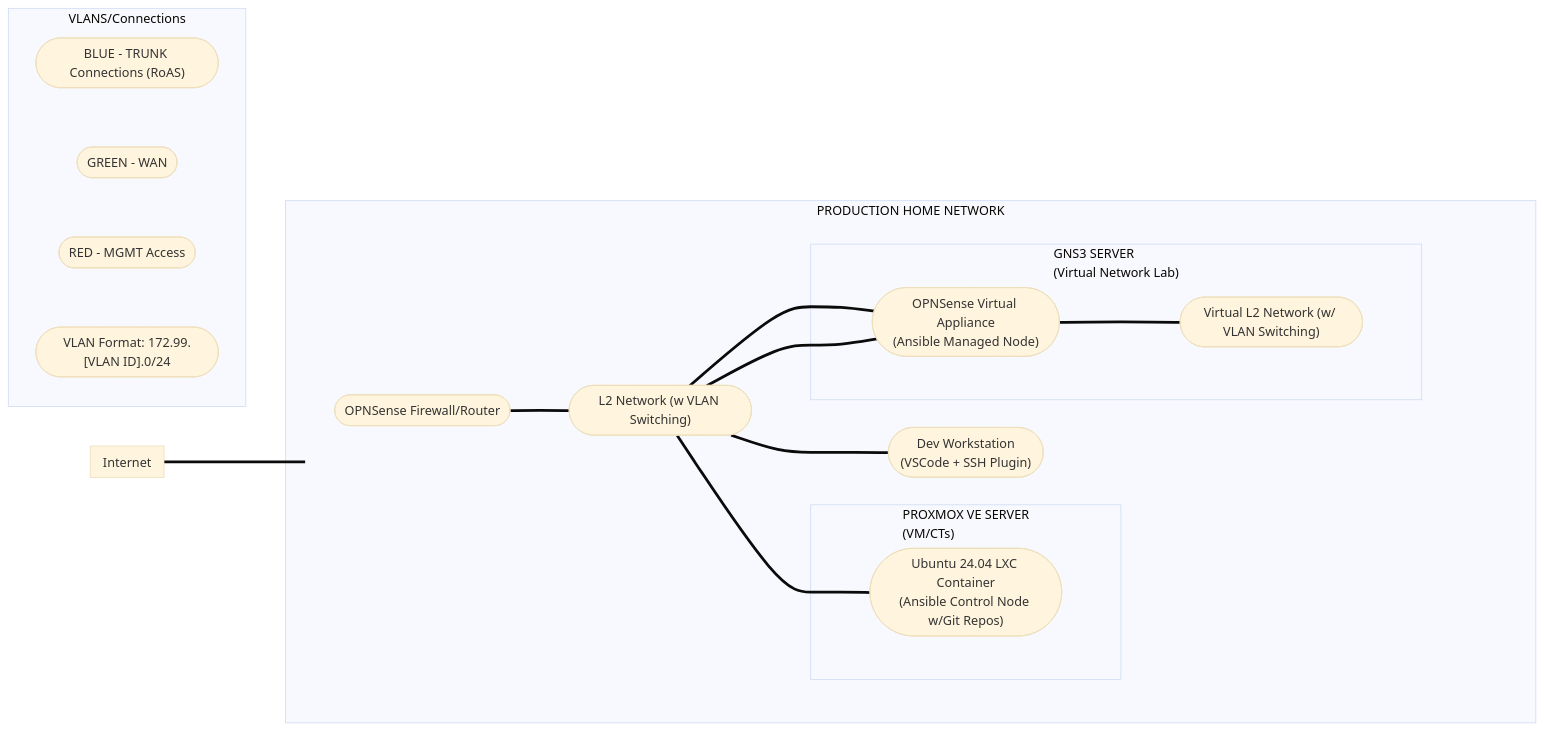
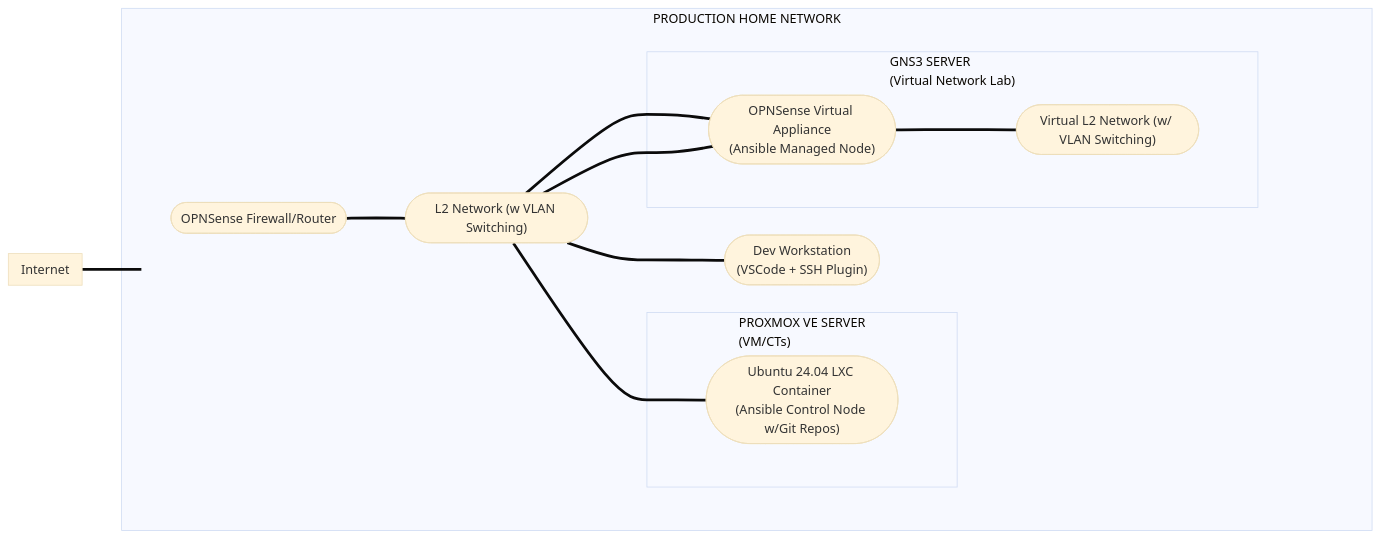
One commit to drinferno2001/HOME_NETWORK_AUTOMATION_WIKI changed the diagram in docs/env_setup/index.md. Above: the diagram before and after it, drawn with Mermaid (base theme).

Commit message:
Removed from network diagram as this type of information will be architected in markdown directly.

````diff
--- a/docs/env_setup/index.md
+++ b/docs/env_setup/index.md
@@ -12,75 +12,67 @@
 ``` mermaid
 flowchart LR
 
     %% Define Production Home Network Nodes
 
     PRD_OPNSense(["OPNSense Firewall/Router"])
     PRD_Switching(["L2 Network (w VLAN Switching)"])
     DEV_Workstation(["Dev Workstation<br/>(VSCode + SSH Plugin)"])
 
     %% Define Proxmox Server Nodes
 
     PVE_LXC(["Ubuntu 24.04 LXC Container<br/>(Ansible Control Node w/Git Repos)"])
 
     %% Define GNS3 Server Nodes
 
     VIRT_OPNSense(["OPNSense Virtual Appliance<br/>(Ansible Managed Node)"])
     VIRT_Switching(["Virtual L2 Network (w/ VLAN Switching)"])
 
     %% Define Internet Subgraph
     
     subgraph Internet
     end
     
     subgraph Production_Home_Network [PRODUCTION HOME NETWORK]
         subgraph PHN_Container[" "]
             direction LR
             
             PRD_OPNSense === PRD_Switching
             PRD_Switching === DEV_Workstation
             
             %% Define Proxmox VE Server Block
             subgraph Proxmox_VE_Server ["PROXMOX VE SERVER<br/>(VM/CTs)"]
                 subgraph Proxmox_VE_Server_Padding[" "]
                     PVE_LXC
                 end
 
                 Proxmox_VE_Server_Padding:::hidden
             end
 
             %% Define GNS3 Server Block
             subgraph GNS3_Server ["GNS3 SERVER<br/>(Virtual Network Lab)"]
                 subgraph GNS3_Server_Padding[" "]
                     VIRT_OPNSense === VIRT_Switching
                 end
 
                 GNS3_Server_Padding:::hidden
             end
 
             PRD_Switching === PVE_LXC
             PRD_Switching === VIRT_OPNSense
             PRD_Switching === VIRT_OPNSense
         end
 
         subgraph PHN_Padding[" "]
         end
 
         PHN_Container:::hidden ~~~ PHN_Padding:::hidden
     end
 
     Production_Home_Network:::PROD
 
     Internet === PRD_OPNSense
 
     %% Styles
 
     classDef hidden fill:#0000,stroke:#0000
-
-    subgraph VLAN_INFO["VLANS/Connections"]
-        direction TB
-        note1(["BLUE - TRUNK Connections (RoAS)"]) ~~~
-        note2(["GREEN - WAN"]) ~~~
-        note3(["RED - MGMT Access"]) ~~~
-        note4(["VLAN Format: 172.99.[VLAN ID].0/24"])
-    end
 ```
````
